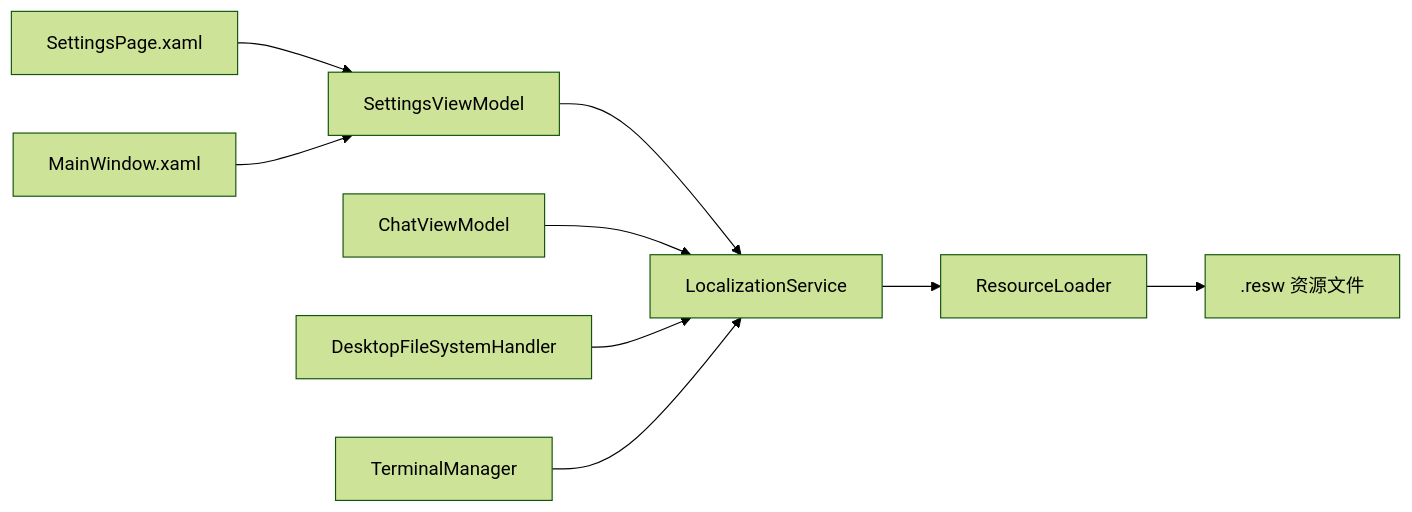
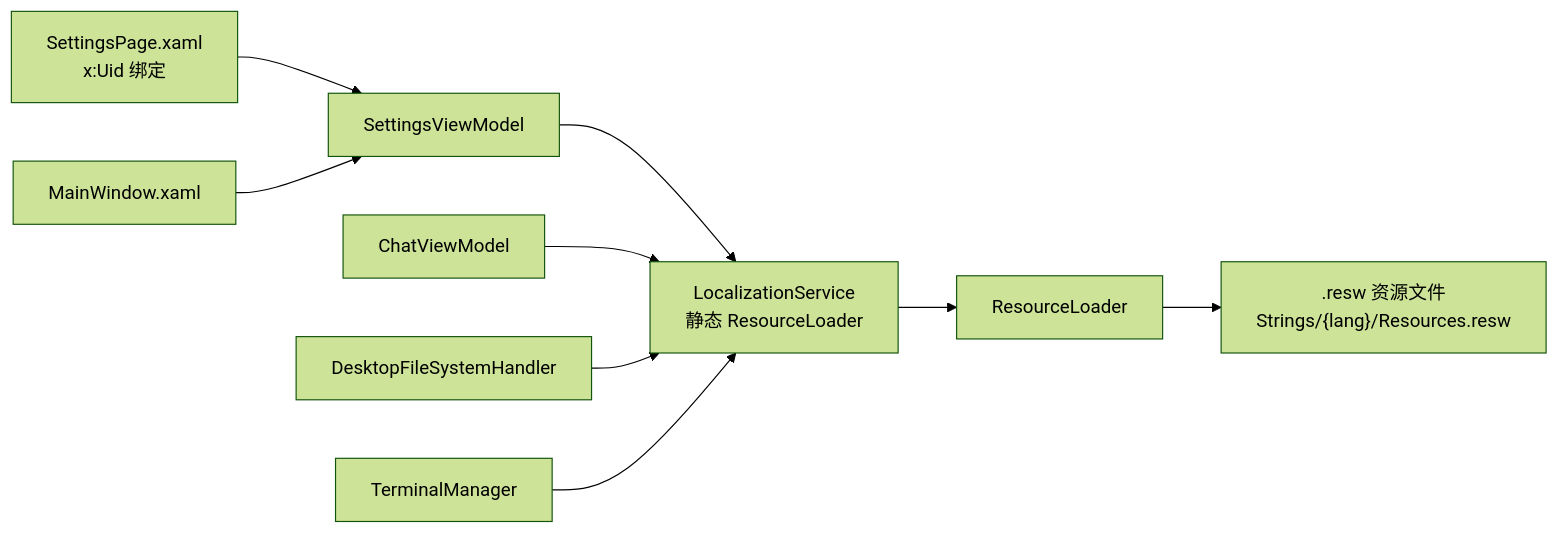
One commit to AgenticDesktop/App changed the fourth of 4 diagrams in .qoder/repowiki/zh/content/服务层设计/国际化服务.md. Above: the diagram before and after it, drawn with Mermaid (forest theme). The commit also changed other lines of this file and 108 other files, not shown here.

````diff
--- a/.qoder/repowiki/zh/content/服务层设计/国际化服务.md
+++ b/.qoder/repowiki/zh/content/服务层设计/国际化服务.md
@@ -206,11 +254,11 @@
 ```mermaid
 graph LR
-LS["LocalizationService"] --> RL["ResourceLoader"]
-RL --> RES[".resw 资源文件"]
+LS["LocalizationService<br/>静态 ResourceLoader"] --> RL["ResourceLoader"]
+RL --> RES[".resw 资源文件<br/>Strings/{lang}/Resources.resw"]
 SV["SettingsViewModel"] --> LS
 CV["ChatViewModel"] --> LS
 FFH["DesktopFileSystemHandler"] --> LS
 TM["TerminalManager"] --> LS
-SPX["SettingsPage.xaml"] --> SV
+SPX["SettingsPage.xaml<br/>x:Uid 绑定"] --> SV
 MWX["MainWindow.xaml"] --> SV
 ```
````
